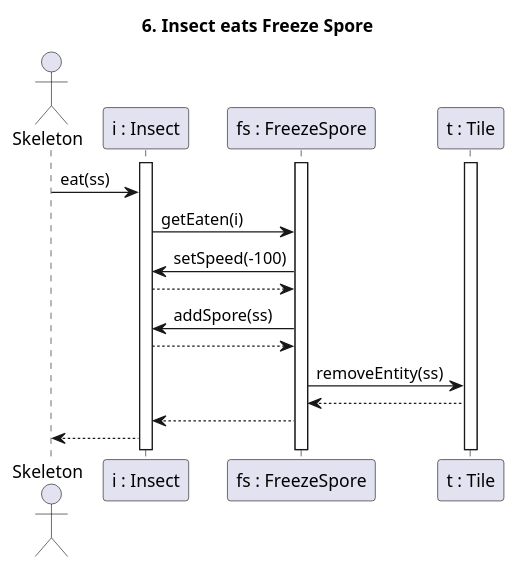
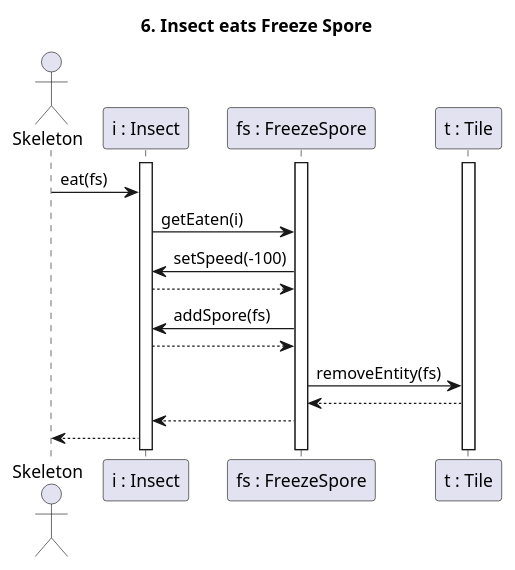
One commit to Harcipan/Projlab_nullpointerexception changed the diagram in diagrams/diagramFiles/SQ6_InsectFreezeSpore.puml. Above: the diagram before and after it, drawn with PlantUML. The commit also changed 11 other files, not shown here.

Commit message:
hopefully final SQ diagram fix

```diff
--- a/diagrams/diagramFiles/SQ6_InsectFreezeSpore.puml
+++ b/diagrams/diagramFiles/SQ6_InsectFreezeSpore.puml
@@ -1,28 +1,28 @@
 @startuml Insect eating
 
 title 6. Insect eats Freeze Spore
 
 actor "Skeleton" as PP
 participant "i : Insect" as I
 participant "fs : FreezeSpore" as Sp
 participant "t : Tile" as T
 
 activate I
 activate T
 activate Sp
 
-PP -> I : eat(ss)
+PP -> I : eat(fs)
 I -> Sp : getEaten(i)
 Sp -> I : setSpeed(-100)
 I --> Sp
-Sp -> I : addSpore(ss)
+Sp -> I : addSpore(fs)
 I --> Sp
 
-Sp -> T : removeEntity(ss)
+Sp -> T : removeEntity(fs)
 T --> Sp
 Sp --> I
 
 I --> PP
 
 
 @enduml
```
